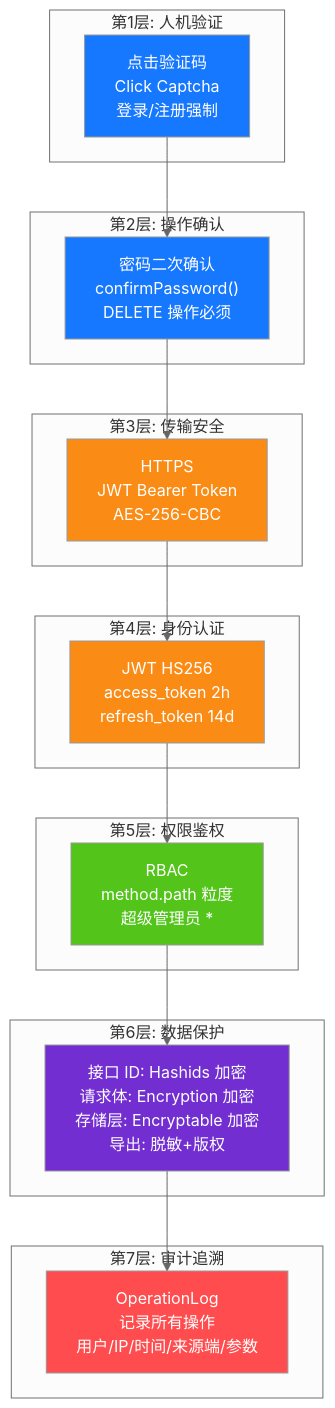
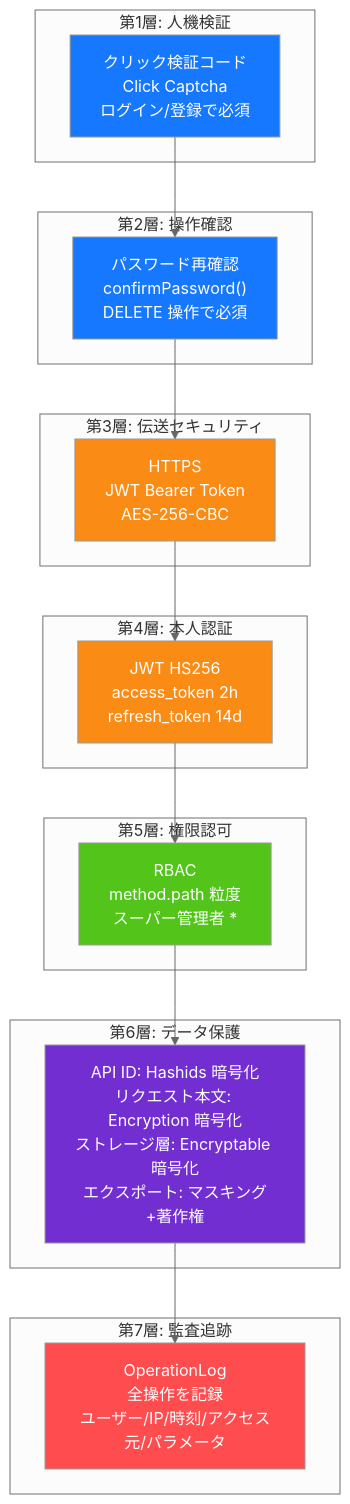
One commit to erikwang2013/game-platform-php changed diagram 13 of 14 in admin/docs/ARCHITECTURE.ja.md. Above: the diagram before and after it, drawn with Mermaid (neutral theme). The commit also changed other lines of this file and 211 other files, not shown here.

First line of the commit message:
fix: 支付配置读回类型根治、提现事件对账巡检，12 语族 mermaid 与 API 标签本地化

````diff
--- a/admin/docs/ARCHITECTURE.ja.md
+++ b/admin/docs/ARCHITECTURE.ja.md
@@ -602,40 +602,40 @@
 ```mermaid
 flowchart TB
-    subgraph "第1层: 人机验证"
-        L1["点击验证码<br/>Click Captcha<br/>登录/注册强制"]
+    subgraph "第1層: 人機検証"
+        L1["クリック検証コード<br/>Click Captcha<br/>ログイン/登録で必須"]
     end
 
-    subgraph "第2层: 操作确认"
-        L2["密码二次确认<br/>confirmPassword()<br/>DELETE 操作必须"]
+    subgraph "第2層: 操作確認"
+        L2["パスワード再確認<br/>confirmPassword()<br/>DELETE 操作で必須"]
     end
 
-    subgraph "第3层: 传输安全"
+    subgraph "第3層: 伝送セキュリティ"
         L3["HTTPS<br/>JWT Bearer Token<br/>AES-256-CBC"]
     end
 
-    subgraph "第4层: 身份认证"
+    subgraph "第4層: 本人認証"
         L4["JWT HS256<br/>access_token 2h<br/>refresh_token 14d"]
     end
 
-    subgraph "第5层: 权限鉴权"
-        L5["RBAC<br/>method.path 粒度<br/>超级管理员 * "]
+    subgraph "第5層: 権限認可"
+        L5["RBAC<br/>method.path 粒度<br/>スーパー管理者 * "]
     end
 
-    subgraph "第6层: 数据保护"
-        L6["接口 ID: Hashids 加密<br/>请求体: Encryption 加密<br/>存储层: Encryptable 加密<br/>导出: 脱敏+版权"]
+    subgraph "第6層: データ保護"
+        L6["API ID: Hashids 暗号化<br/>リクエスト本文: Encryption 暗号化<br/>ストレージ層: Encryptable 暗号化<br/>エクスポート: マスキング+著作権"]
     end
 
-    subgraph "第7层: 审计追溯"
-        L7["OperationLog<br/>记录所有操作<br/>用户/IP/时间/来源端/参数"]
+    subgraph "第7層: 監査追跡"
+        L7["OperationLog<br/>全操作を記録<br/>ユーザー/IP/時刻/アクセス元/パラメータ"]
     end
 
     L1 --> L2 --> L3 --> L4 --> L5 --> L6 --> L7
 
     style L1 fill:#1677FF,color:#fff
     style L2 fill:#1677FF,color:#fff
     style L3 fill:#FA8C16,color:#fff
     style L4 fill:#FA8C16,color:#fff
     style L5 fill:#52C41A,color:#fff
     style L6 fill:#722ED1,color:#fff
     style L7 fill:#FF4D4F,color:#fff
 ```
````
